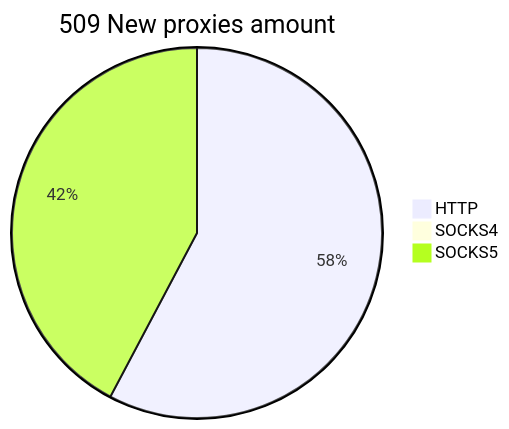
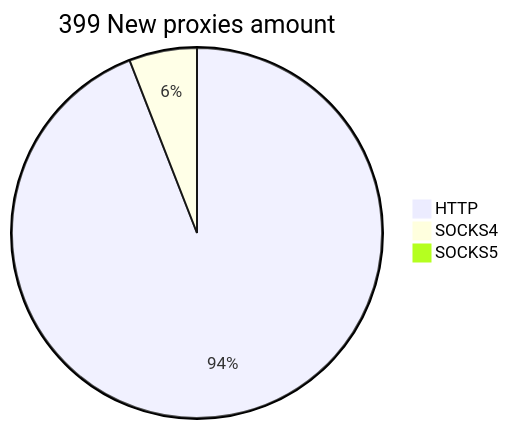
One commit to cutipu/proxylist changed the second of 2 diagrams in README.md. Above: the diagram before and after it, drawn with Mermaid. The commit also changed other lines of this file, not shown here.

````diff
--- a/README.md
+++ b/README.md
@@ -10,6 +10,6 @@
 ```mermaid
-pie title 509 New proxies amount
-    "HTTP" : 328
-    "SOCKS4" : 0
-    "SOCKS5" : 240
+pie title 399 New proxies amount
+    "HTTP" : 381
+    "SOCKS4" : 24
+    "SOCKS5" : 0
 ```
````
